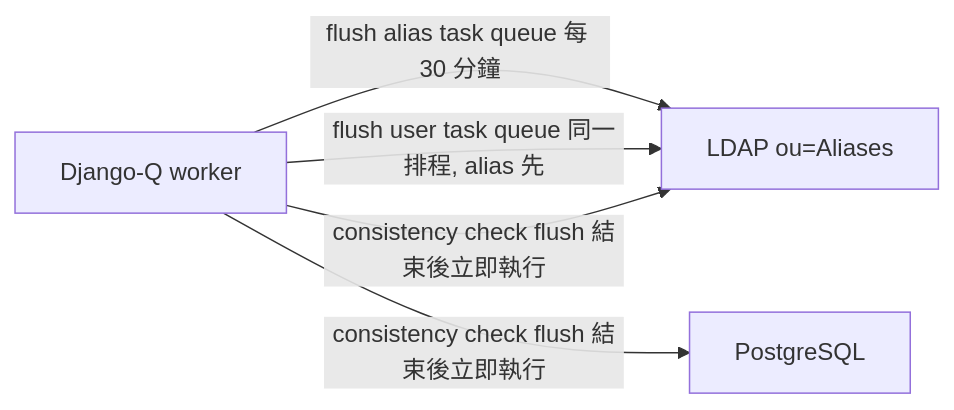
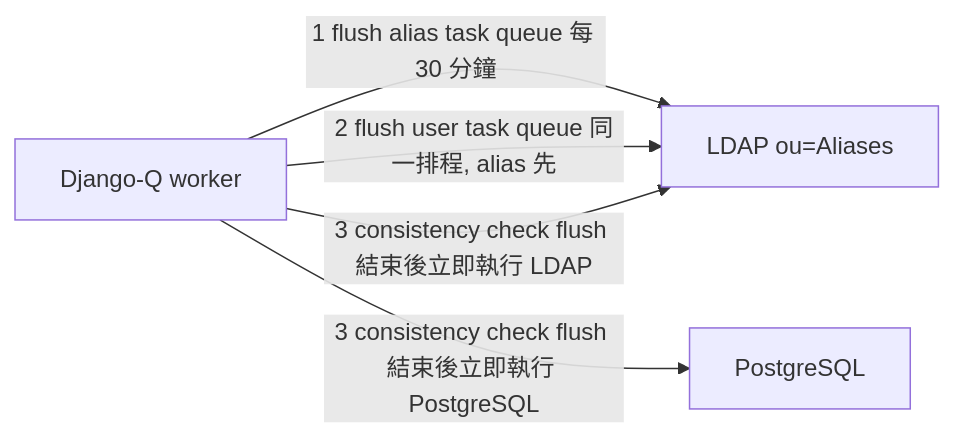
One commit to QWERTYPIG/2026-NASA3-Mail-Subscription changed the fourth of 4 diagrams in README.md. Above: the diagram before and after it, drawn with Mermaid. The commit also changed other lines of this file and 1 other file, not shown here.

````diff
--- a/README.md
+++ b/README.md
@@ -54,7 +54,7 @@
 ```mermaid
 flowchart LR
-  Worker["Django-Q worker"] -->|flush alias task queue 每 30 分鐘| LDAP["LDAP ou=Aliases"]
-  Worker -->|flush user task queue 同一排程, alias 先| LDAP
-  Worker -->|consistency check flush 結束後立即執行| LDAP
-  Worker -->|consistency check flush 結束後立即執行| PostgreSQL["PostgreSQL"]
+  Worker["Django-Q worker"] -->|1 flush alias task queue 每 30 分鐘| LDAP["LDAP ou=Aliases"]
+  Worker -->|2 flush user task queue 同一排程, alias 先| LDAP
+  Worker -->|3 consistency check flush 結束後立即執行 LDAP| LDAP
+  Worker -->|3 consistency check flush 結束後立即執行 PostgreSQL| PostgreSQL["PostgreSQL"]
 ```
````
